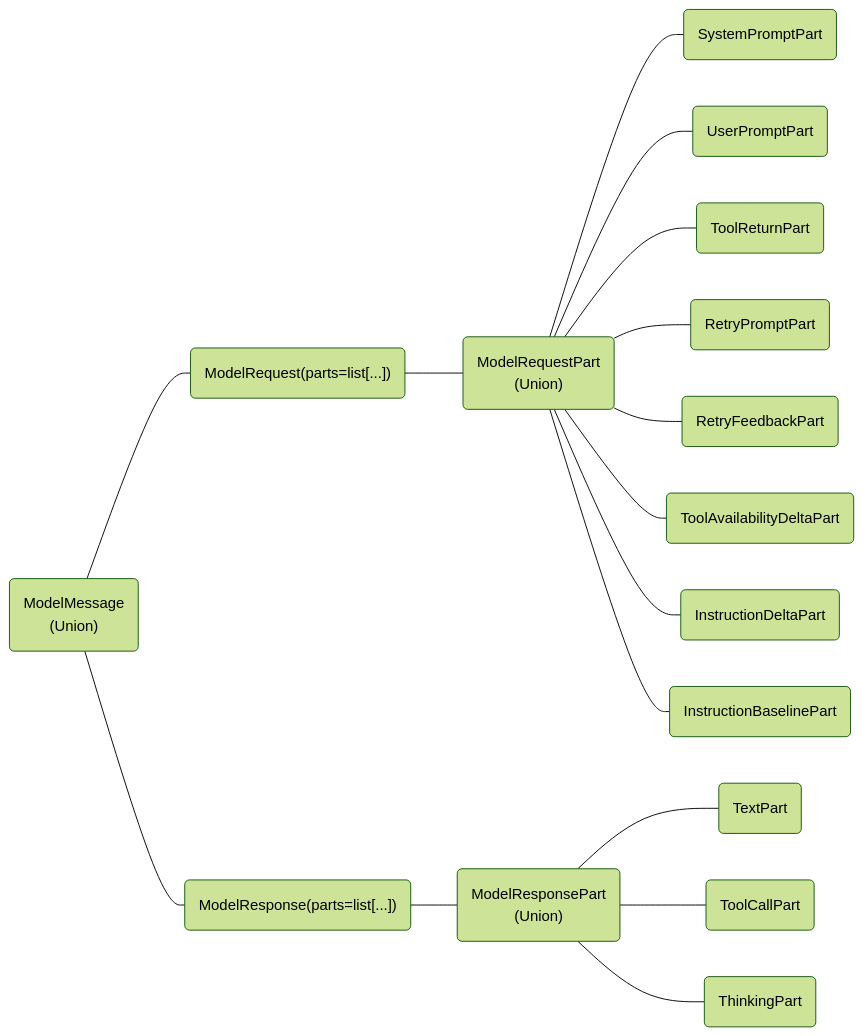
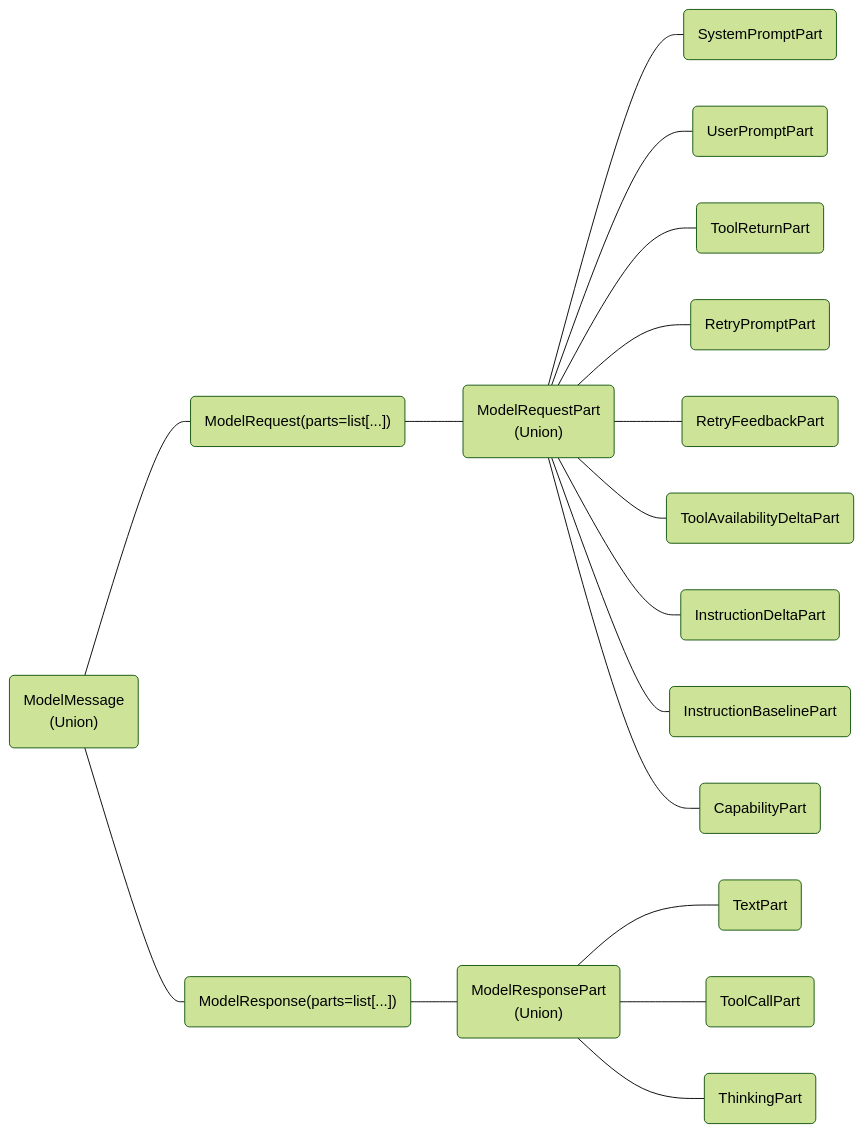
One commit to pydantic/pydantic-ai changed the diagram in docs/api/messages.md. Above: the diagram before and after it, drawn with Mermaid (forest theme). The commit also changed 9 other files, not shown here.

Commit message:
Render capability parts when resuming a suspended response, stamp after queueing, and move core tests and docs to `CapabilityPart`

````diff
--- a/docs/api/messages.md
+++ b/docs/api/messages.md
@@ -5,18 +5,19 @@
 ```mermaid
 graph RL
     SystemPromptPart(SystemPromptPart) --- ModelRequestPart
     UserPromptPart(UserPromptPart) --- ModelRequestPart
     ToolReturnPart(ToolReturnPart) --- ModelRequestPart
     RetryPromptPart(RetryPromptPart) --- ModelRequestPart
     RetryFeedbackPart(RetryFeedbackPart) --- ModelRequestPart
     ToolAvailabilityDeltaPart(ToolAvailabilityDeltaPart) --- ModelRequestPart
     InstructionDeltaPart(InstructionDeltaPart) --- ModelRequestPart
     InstructionBaselinePart(InstructionBaselinePart) --- ModelRequestPart
+    CapabilityPart(CapabilityPart) --- ModelRequestPart
     TextPart(TextPart) --- ModelResponsePart
     ToolCallPart(ToolCallPart) --- ModelResponsePart
     ThinkingPart(ThinkingPart) --- ModelResponsePart
     ModelRequestPart("ModelRequestPart<br>(Union)") --- ModelRequest
     ModelRequest("ModelRequest(parts=list[...])") --- ModelMessage
     ModelResponsePart("ModelResponsePart<br>(Union)") --- ModelResponse
     ModelResponse("ModelResponse(parts=list[...])") --- ModelMessage("ModelMessage<br>(Union)")
 ```
````
